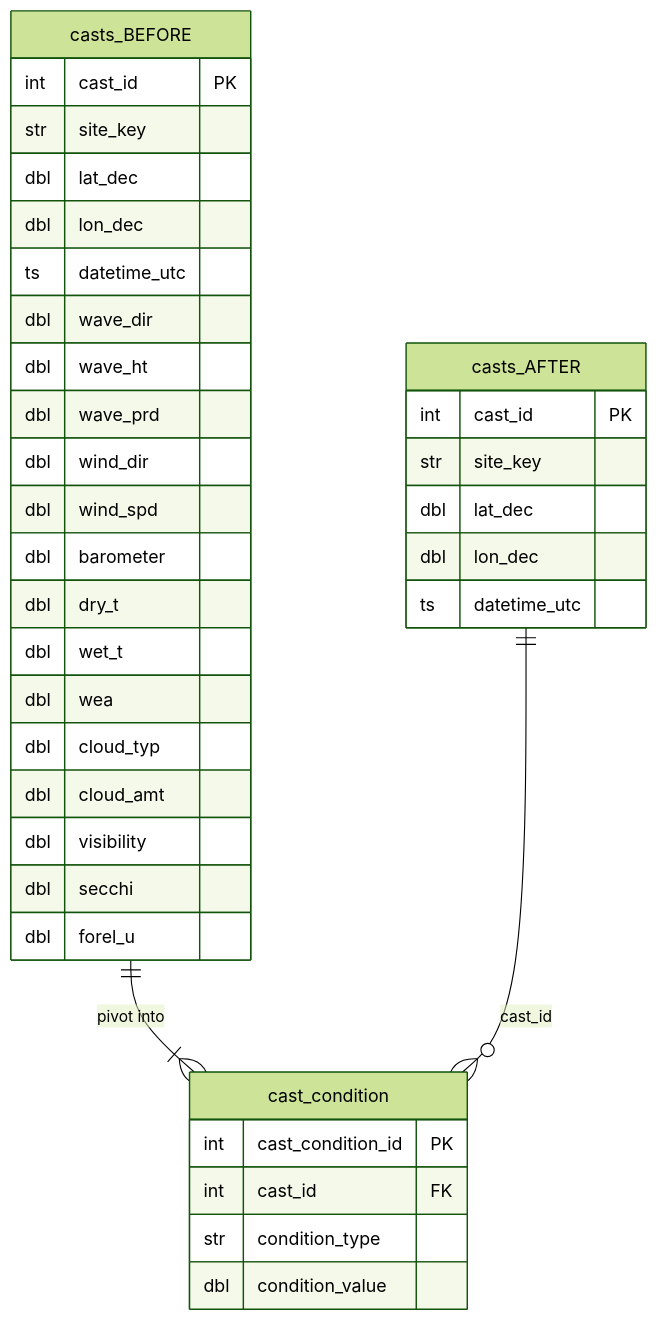
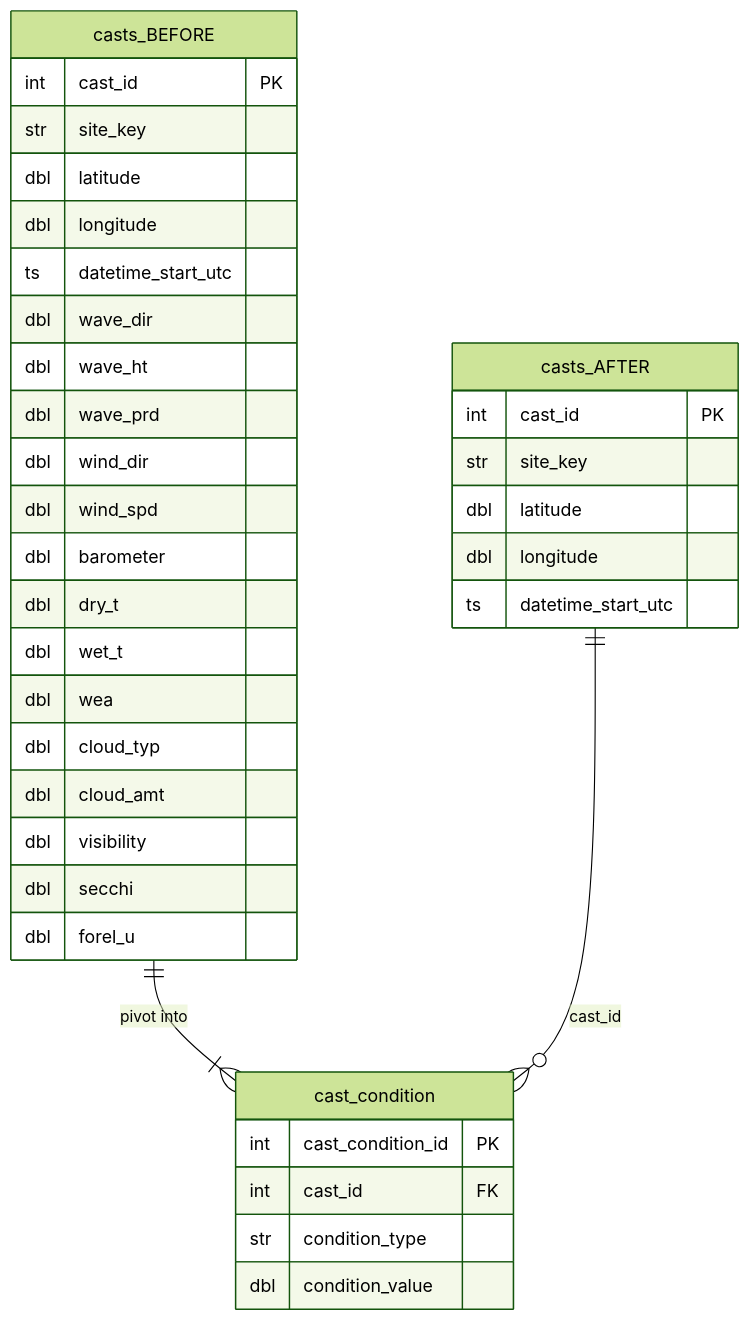
One commit to CalCOFI/workflows changed the second of 2 diagrams in ingest_calcofi_bottle.qmd. Above: the diagram before and after it, drawn with Mermaid (forest theme). The commit also changed other lines of this file and 44 other files, not shown here.

````diff
--- a/ingest_calcofi_bottle.qmd
+++ b/ingest_calcofi_bottle.qmd
@@ -507,41 +507,41 @@
 ```{mermaid}
 %%| label: pivot_cast_cond_diagram
 %%| fig-cap: "Pivot wide cast condition columns into long-format cast_condition table."
 erDiagram
     casts_BEFORE {
         int cast_id PK
         str site_key
-        dbl lat_dec
-        dbl lon_dec
-        ts  datetime_utc
+        dbl latitude
+        dbl longitude
+        ts  datetime_start_utc
         dbl wave_dir
         dbl wave_ht
         dbl wave_prd
         dbl wind_dir
         dbl wind_spd
         dbl barometer
         dbl dry_t
         dbl wet_t
         dbl wea
         dbl cloud_typ
         dbl cloud_amt
         dbl visibility
         dbl secchi
         dbl forel_u
     }
     casts_AFTER {
         int cast_id PK
         str site_key
-        dbl lat_dec
-        dbl lon_dec
-        ts  datetime_utc
+        dbl latitude
+        dbl longitude
+        ts  datetime_start_utc
     }
     cast_condition {
         int cast_condition_id PK
         int cast_id FK
         str condition_type
         dbl condition_value
     }
     casts_BEFORE ||--|{ cast_condition : "pivot into"
     casts_AFTER ||--o{ cast_condition : "cast_id"
 ```
````
